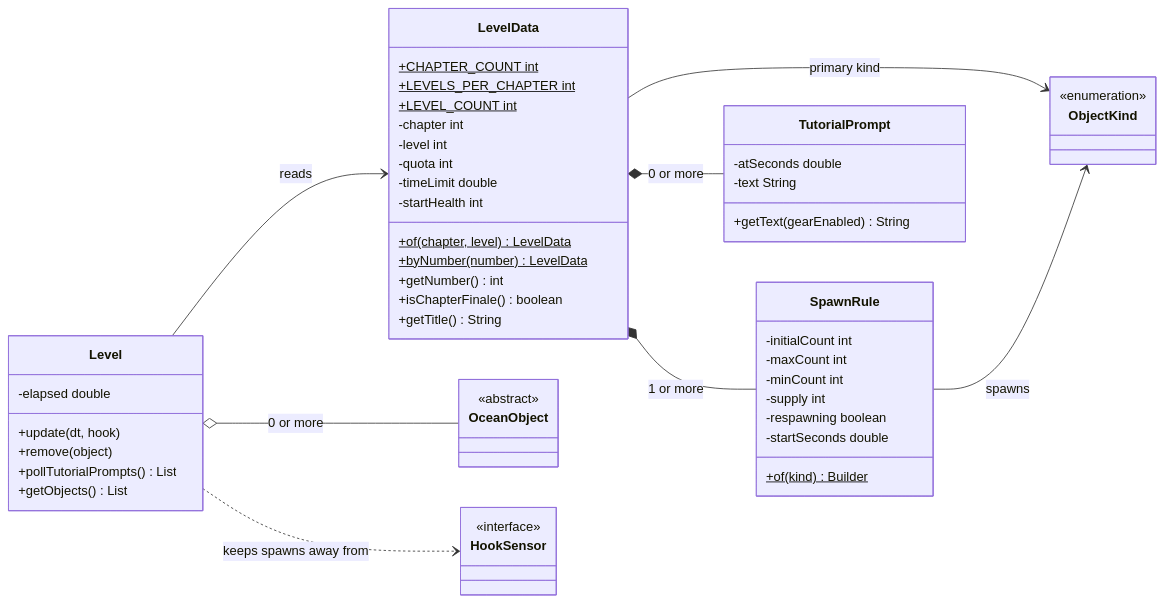
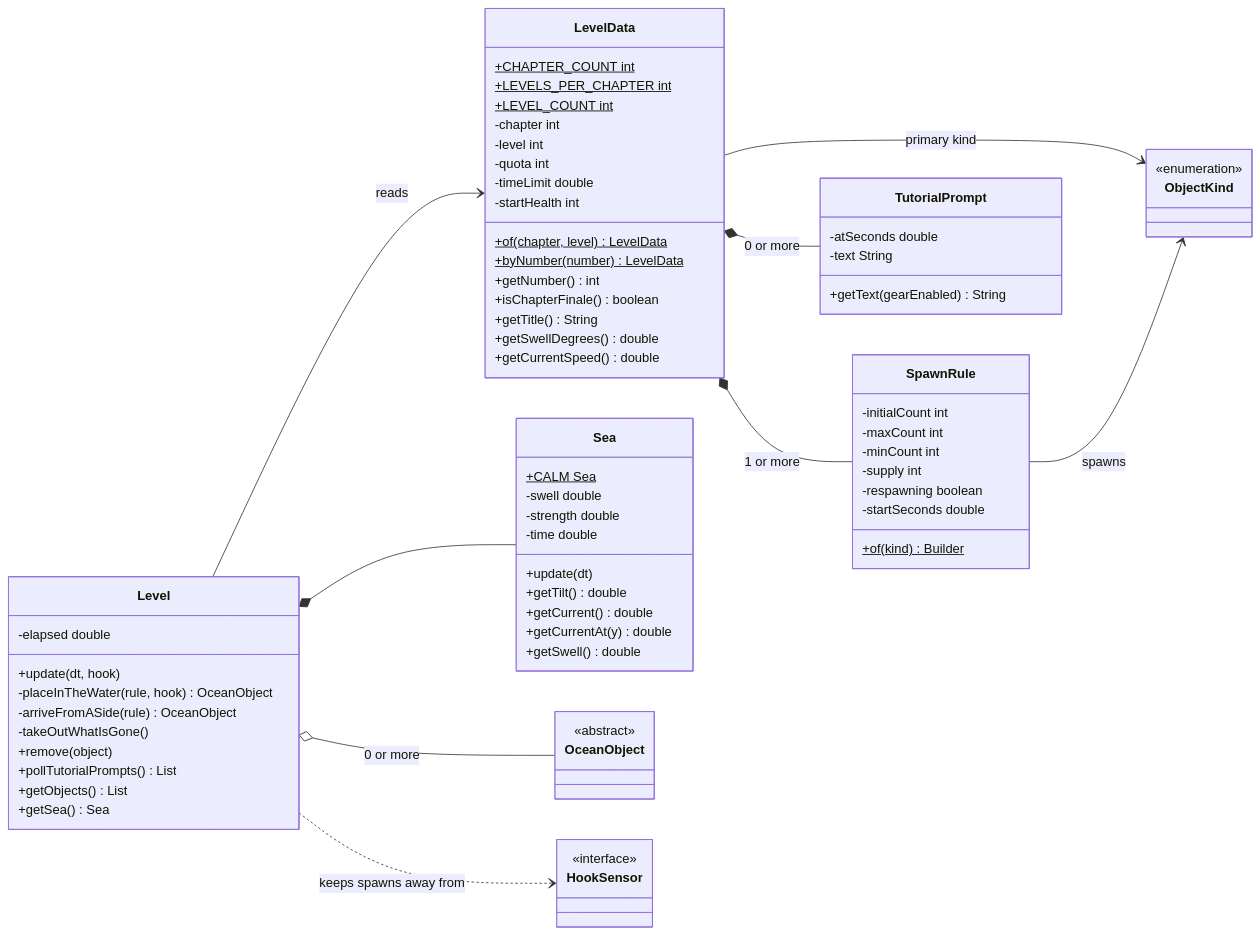
The third of 7 diagrams in docs/class-diagram.md (NJJAV33/Fish2trash), drawn with Mermaid before and after one commit. The commit also changed other lines of this file and 45 other files, not shown here.

````diff
--- a/docs/class-diagram.md
+++ b/docs/class-diagram.md
@@ -309,6 +359,20 @@
         +getNumber() int
         +isChapterFinale() boolean
         +getTitle() String
+        +getSwellDegrees() double
+        +getCurrentSpeed() double
+    }
+
+    class Sea {
+        +CALM Sea$
+        -swell double
+        -strength double
+        -time double
+        +update(dt)
+        +getTilt() double
+        +getCurrent() double
+        +getCurrentAt(y) double
+        +getSwell() double
     }
 
     class SpawnRule {
@@ -330,9 +394,13 @@
     class Level {
         -elapsed double
         +update(dt, hook)
+        -placeInTheWater(rule, hook) OceanObject
+        -arriveFromASide(rule) OceanObject
+        -takeOutWhatIsGone()
         +remove(object)
         +pollTutorialPrompts() List
         +getObjects() List
+        +getSea() Sea
     }
 
     class ObjectKind {
@@ -353,5 +421,6 @@
     SpawnRule --> ObjectKind : spawns
     Level --> LevelData : reads
     Level o-- OceanObject : 0 or more
+    Level *-- Sea
     Level ..> HookSensor : keeps spawns away from
 ```
````
